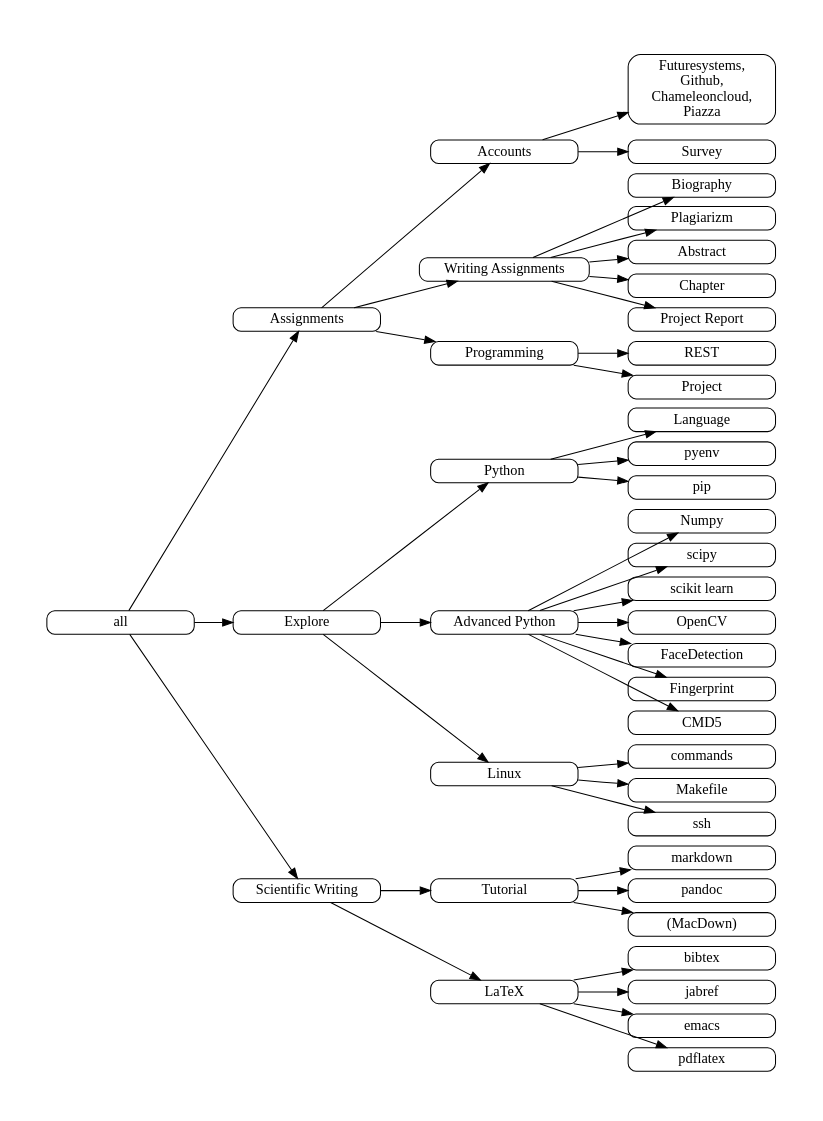
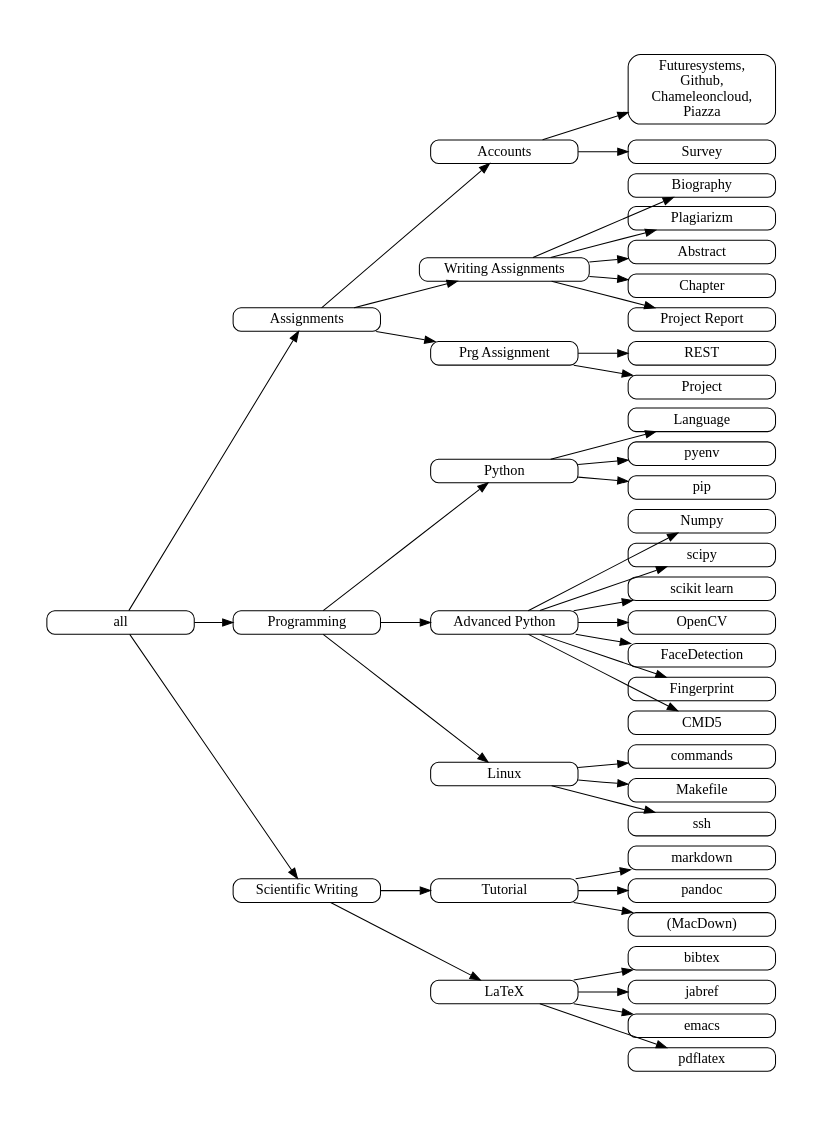
Before and after one commit to cloudmesh-book/book-latex-2018: the diagram in cloud-clusters/chapters/class/graph-all.dot, drawn with Graphviz. The commit also changed 13 other files, not shown here.

```diff
--- a/cloud-clusters/chapters/class/graph-all.dot
+++ b/cloud-clusters/chapters/class/graph-all.dot
@@ -1,50 +1,50 @@
 digraph G {
 ratio="fill";
  size="8.3,11.7!";
  margin=0;
 rankdir=LR;
  graph [pad="0.5", ranksep="0.525", nodesep="0.05"];
 splines=line;
 node [shape=box, style=rounded, shadow_offset=7, shadow_blur=5,width=2,height=0.05];
 
 all  -> Assignments;
         Assignments -> Accounts;
                        Accounts -> "Futuresystems,\nGithub,\nChameleoncloud,\nPiazza";
                        Accounts -> Survey;
         Assignments -> "Writing Assignments";
                        "Writing Assignments" -> Biography;
                        "Writing Assignments" -> Plagiarizm;
                        "Writing Assignments" -> Abstract;
                        "Writing Assignments" -> Chapter;                       
                        "Writing Assignments" -> "Project Report";                                                                     
-        Assignments -> "Programming";
-                       "Programming" -> REST;
-                       "Programming" -> Project;
-all  -> "Explore";
-        "Explore" -> Python;
+        Assignments -> "Prg Assignment";
+                       "Prg Assignment" -> REST;
+                       "Prg Assignment" -> Project;
+all  -> "Programming";
+        "Programming" -> Python;
                                 Python -> Language;
                                 Python -> pyenv;
                                 Python -> pip;
-        "Explore" -> "Advanced Python";                                
+        "Programming" -> "Advanced Python";                                
                                 "Advanced Python" -> "Numpy";
                                 "Advanced Python" -> "scipy";
                                 "Advanced Python" -> "scikit learn";
                                 "Advanced Python" -> "OpenCV";
                                 "Advanced Python" -> "FaceDetection";
                                 "Advanced Python" -> "Fingerprint";
                                 "Advanced Python" -> "CMD5";
-        "Explore" -> "Linux";
+        "Programming" -> "Linux";
                      "Linux" -> commands;
                      "Linux" -> Makefile;
                      "Linux" -> ssh;                
 all -> "Scientific Writing";
         "Scientific Writing" -> Tutorial -> "markdown";
                                 Tutorial -> "pandoc";
                                 Tutorial -> "(MacDown)";                                
         "Scientific Writing" -> "LaTeX";
                                 "LaTeX" -> bibtex;
                                 "LaTeX" -> jabref;
                                 "LaTeX" -> emacs;
                                 "LaTeX" -> pdflatex;
 
 }
```
